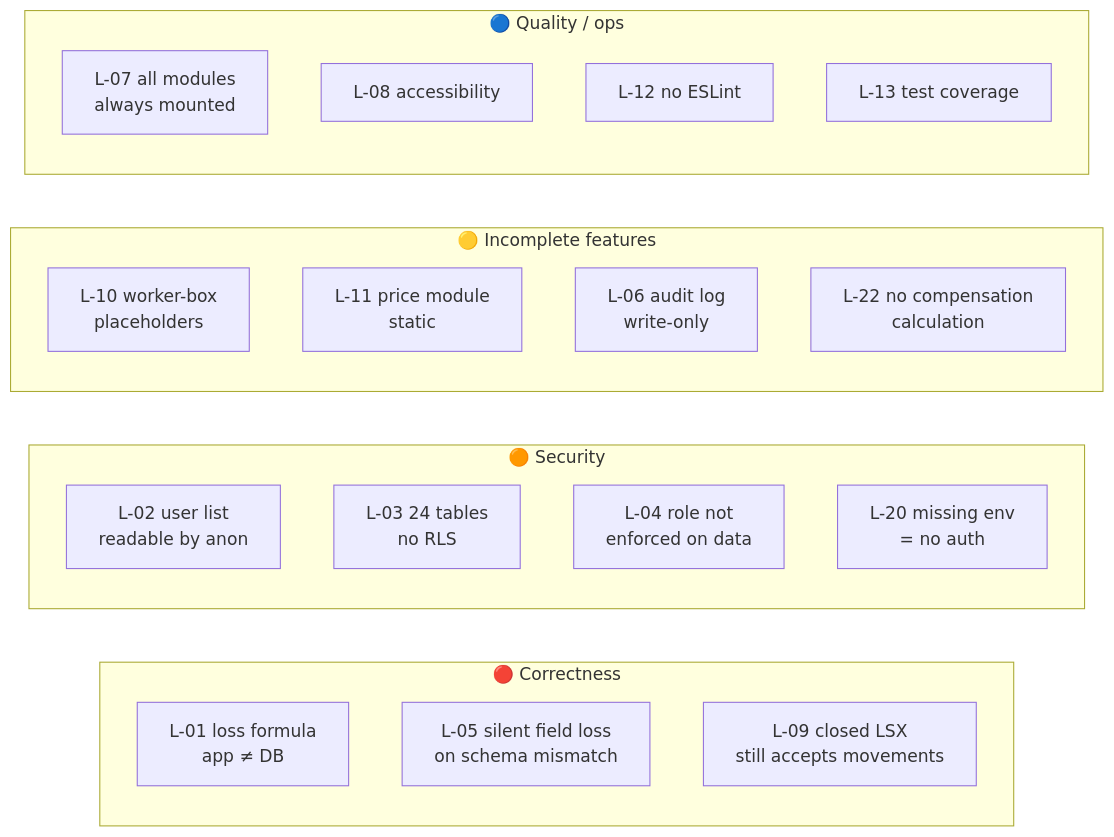
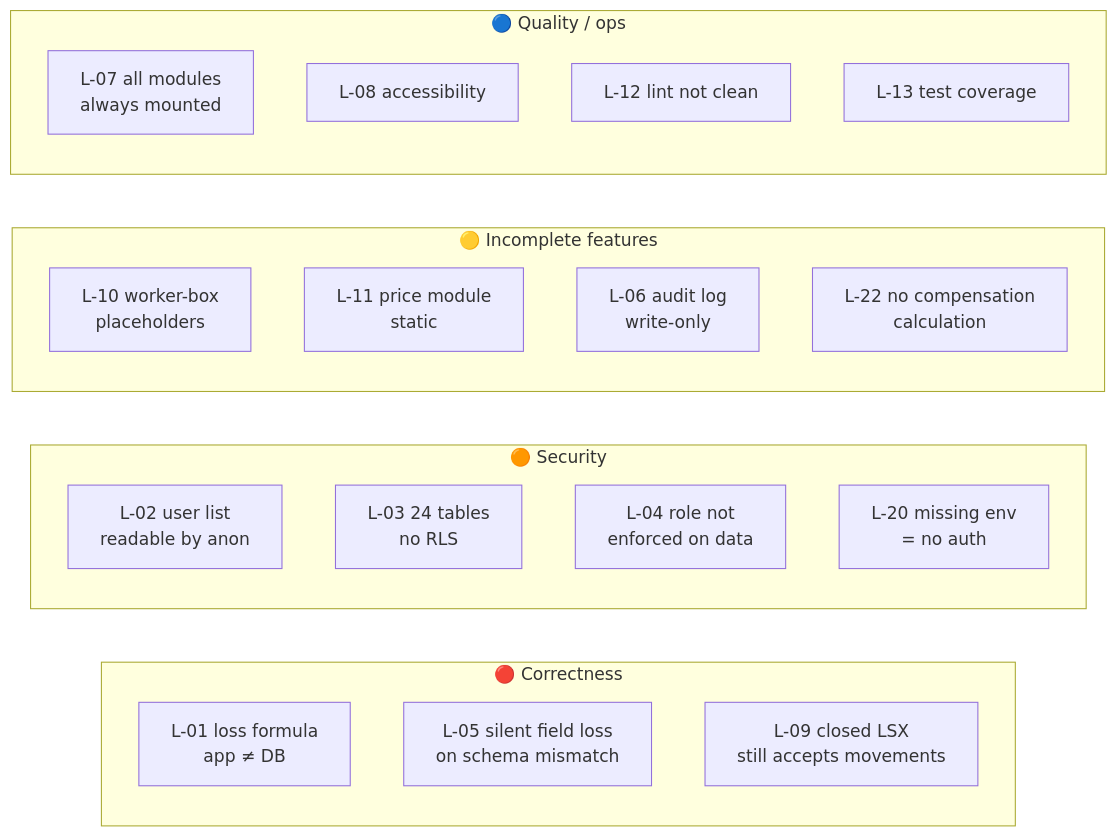
Before and after one commit to trongduy-jpg/qlkt-k2: the diagram in docs/14-known-limitations.md, drawn with Mermaid. The commit also changed other lines of this file and 6 other files, not shown here.

````diff
--- a/docs/14-known-limitations.md
+++ b/docs/14-known-limitations.md
@@ -30,26 +30,26 @@
 ```mermaid
 flowchart LR
     subgraph C["🔴 Correctness"]
         L01["L-01 loss formula<br/>app ≠ DB"]
         L05["L-05 silent field loss<br/>on schema mismatch"]
         L09["L-09 closed LSX<br/>still accepts movements"]
     end
     subgraph S["🟠 Security"]
         L02["L-02 user list<br/>readable by anon"]
         L03["L-03 24 tables<br/>no RLS"]
         L04["L-04 role not<br/>enforced on data"]
         L20["L-20 missing env<br/>= no auth"]
     end
     subgraph F["🟡 Incomplete features"]
         L10["L-10 worker-box<br/>placeholders"]
         L11["L-11 price module<br/>static"]
         L06["L-06 audit log<br/>write-only"]
         L22["L-22 no compensation<br/>calculation"]
     end
     subgraph Q["🔵 Quality / ops"]
         L07["L-07 all modules<br/>always mounted"]
         L08["L-08 accessibility"]
-        L12["L-12 no ESLint"]
+        L12["L-12 lint not clean"]
         L13["L-13 test coverage"]
     end
 ```
````
